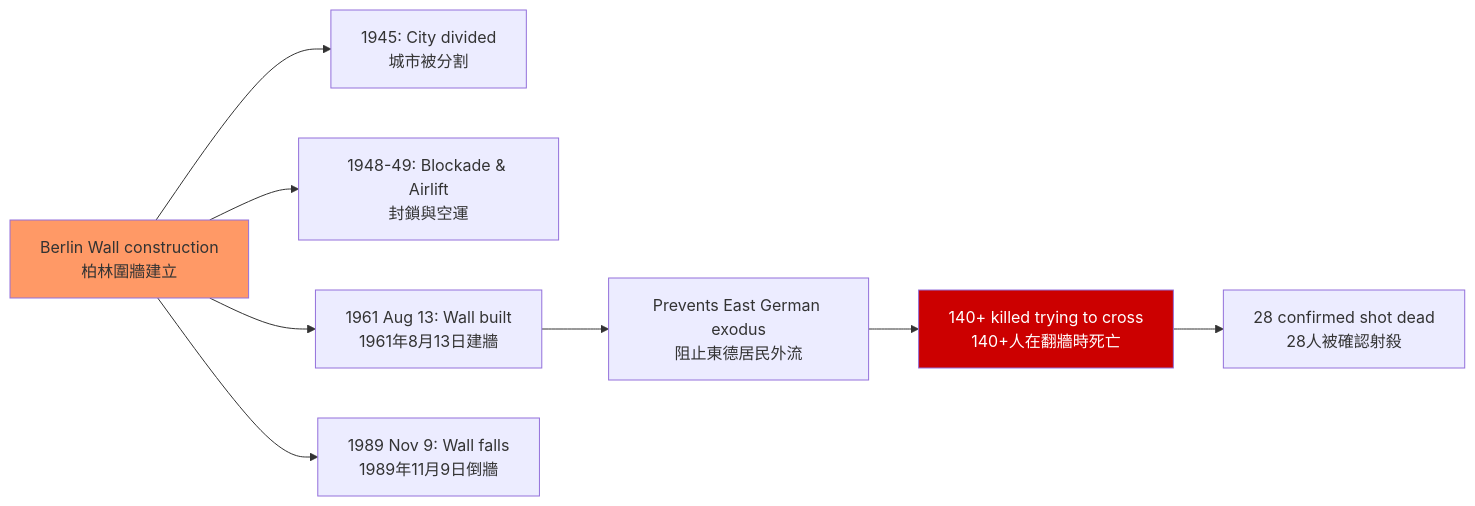
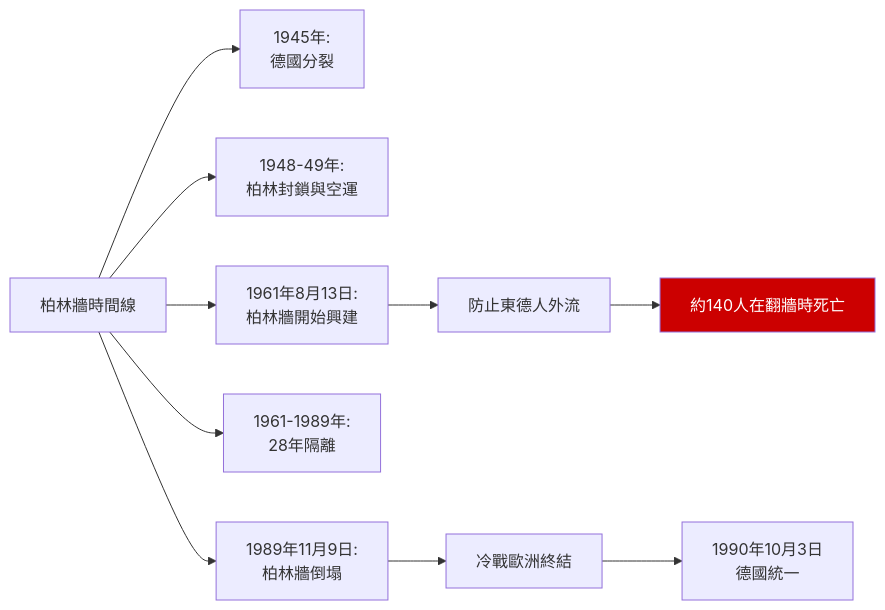
Before and after one commit to yip-lgtm/HKU-Harvard-History-Self-Study: the first of 10 diagrams in 01_HKU_Courses/HIST2076_Germany_Cold_War.md, drawn with Mermaid. The commit also changed other lines of this file and 5 other files, not shown here.

````diff
--- a/01_HKU_Courses/HIST2076_Germany_Cold_War.md
+++ b/01_HKU_Courses/HIST2076_Germany_Cold_War.md
@@ -65,14 +173,16 @@
 ```mermaid
 graph LR
-    A[Berlin Wall construction<br/>柏林圍牆建立] --> B[1945: City divided<br/>城市被分割]
-    A --> C[1948-49: Blockade & Airlift<br/>封鎖與空運]
-    A --> D[1961 Aug 13: Wall built<br/>1961年8月13日建牆]
-    A --> E[1989 Nov 9: Wall falls<br/>1989年11月9日倒牆]
+    A[柏林牆時間線] --> B[1945年:<br/>德國分裂]
+    A --> C[1948-49年:<br/>柏林封鎖與空運]
+    A --> D[1961年8月13日:<br/>柏林牆開始興建]
+    A --> E[1961-1989年:<br/>28年隔離]
+    A --> F[1989年11月9日:<br/>柏林牆倒塌]
     
-    D --> D1[Prevents East German exodus<br/>阻止東德居民外流]
-    D1 --> D2[140+ killed trying to cross<br/>140+人在翻牆時死亡]
-    D2 --> D3[28 confirmed shot dead<br/>28人被確認射殺]
+    D --> D1[防止東德人外流]
+    D1 --> D2[約140人在翻牆時死亡]
     
-    style A fill:#f96
+    F --> F1[冷戰歐洲終結]
+    F1 --> F2[1990年10月3日<br/>德國統一]
+    
     style D2 fill:#c00,color:#fff
 ```
````
